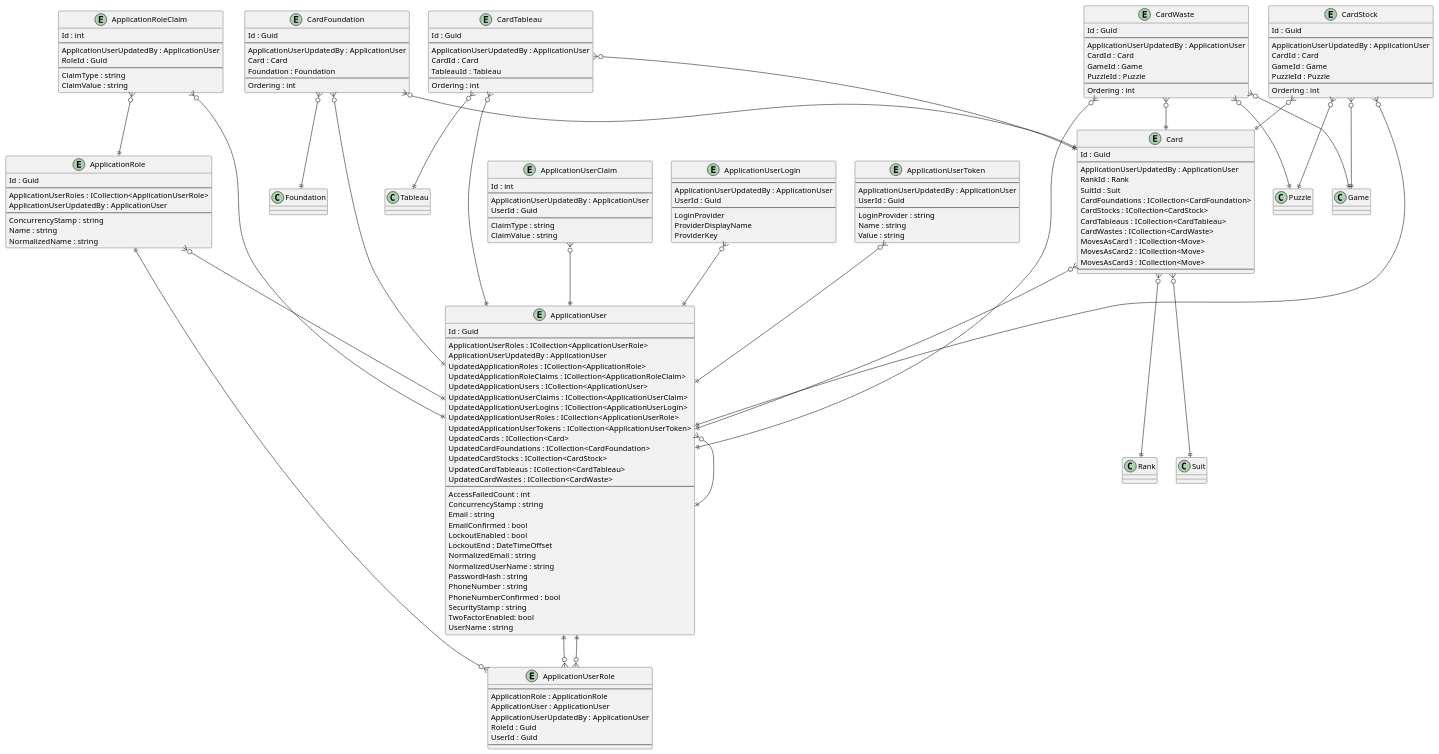
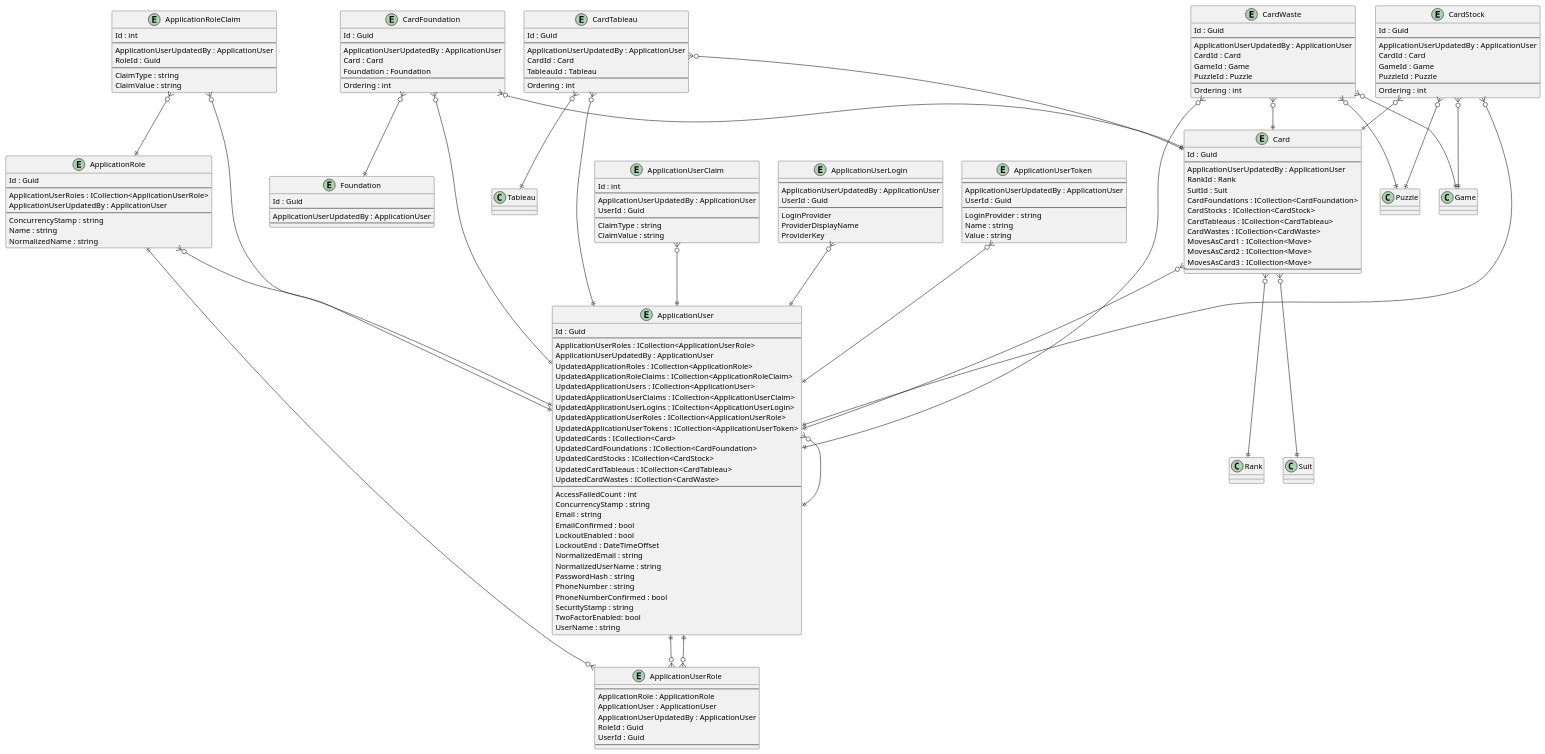
The diagram in .docs/Intrepion.KlondikeSolitaire.pu (intrepion/intrepion_klondike-solitaire_csharp), drawn with PlantUML before and after one commit.

```diff
--- a/.docs/Intrepion.KlondikeSolitaire.pu
+++ b/.docs/Intrepion.KlondikeSolitaire.pu
@@ -164,6 +164,15 @@
     ' CardWastePropertyCodePlaceholder
 }
 
+entity Foundation {
+    Id : Guid
+    --
+    ApplicationUserUpdatedBy : ApplicationUser
+    ' FoundationKeyCodePlaceholder
+    --
+    ' FoundationPropertyCodePlaceholder
+}
+
 ' EntityCodePlaceholder
 
 ApplicationRole ||--o{ ApplicationUserRole
```
